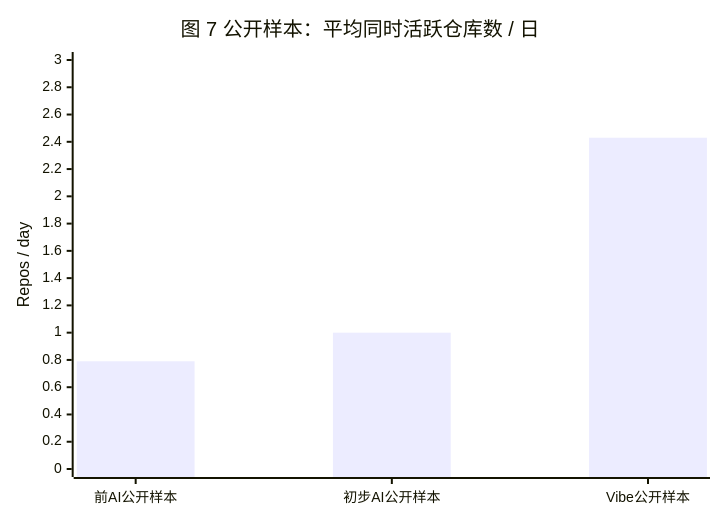
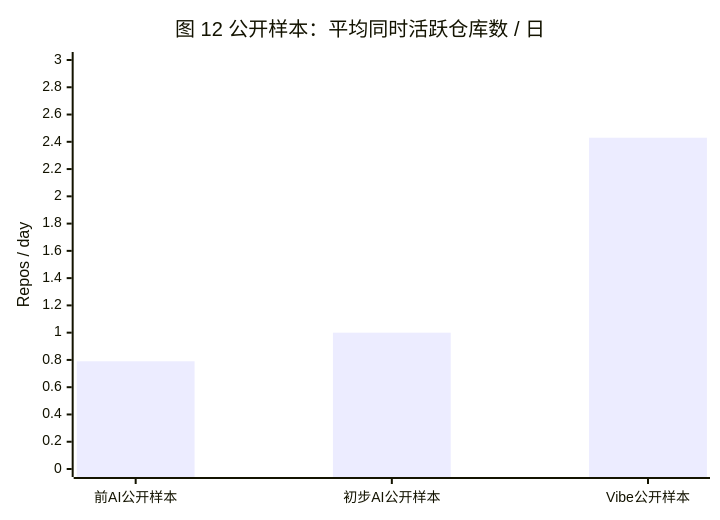
Before and after one commit to HansBug/HansBug.github.io: diagram 16 of 16 in src/content/blog/llm/from-trench-to-command-desk-ai-writing-coding-productivity.md, drawn with Mermaid. The commit also changed other lines of this file and 5 other files, not shown here.

````diff
--- a/src/content/blog/llm/from-trench-to-command-desk-ai-writing-coding-productivity.md
+++ b/src/content/blog/llm/from-trench-to-command-desk-ai-writing-coding-productivity.md
@@ -580,7 +628,7 @@
 ```mermaid
 xychart-beta
-    title "图 7 公开样本：平均同时活跃仓库数 / 日"
+    title "图 12 公开样本：平均同时活跃仓库数 / 日"
     x-axis ["前AI公开样本", "初步AI公开样本", "Vibe公开样本"]
     y-axis "Repos / day" 0 --> 3
     bar [0.79, 1.0, 2.43]
 ```
````
